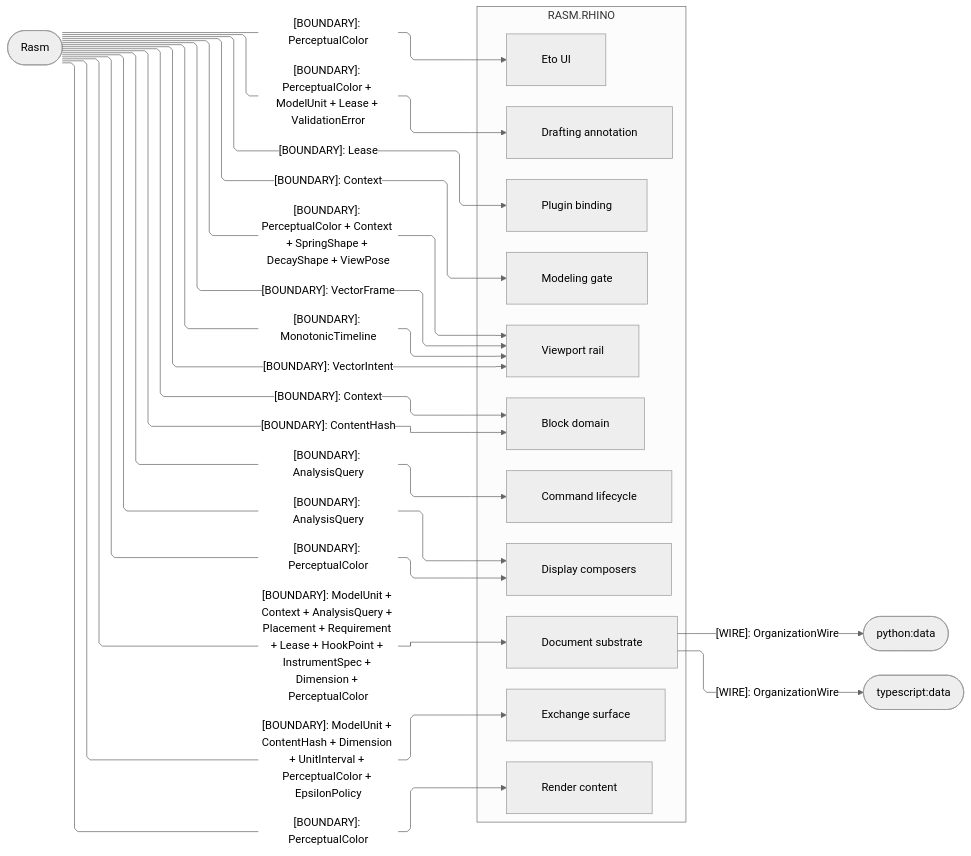
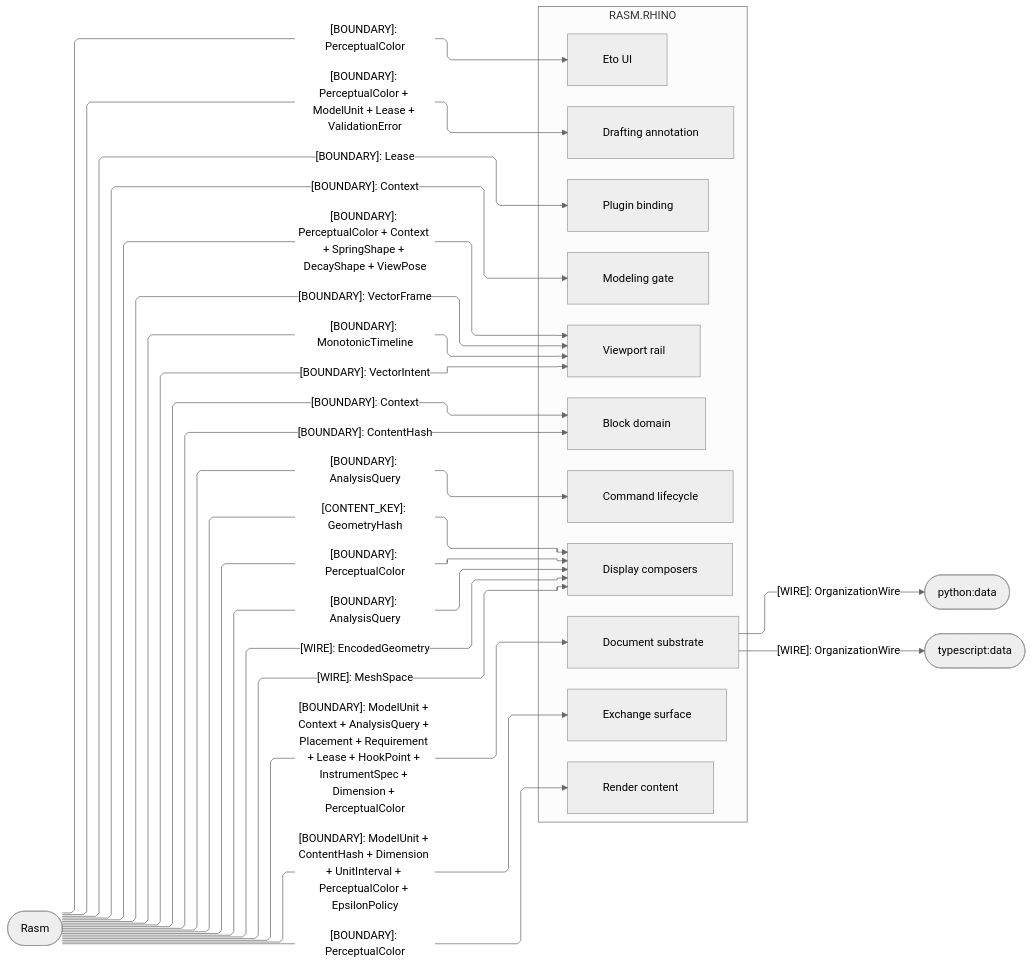
Before and after one commit to bsamiee/Rasm: the second of 3 diagrams in libs/csharp/Rasm.Rhino/ARCHITECTURE.md, drawn with Mermaid (neutral theme). The commit also changed 16 other files, not shown here.

````diff
--- a/libs/csharp/Rasm.Rhino/ARCHITECTURE.md
+++ b/libs/csharp/Rasm.Rhino/ARCHITECTURE.md
@@ -180,46 +180,49 @@
 ```mermaid
 ---
 config:
   layout: elk
   flowchart:
     curve: linear
     padding: 25
 ---
 flowchart LR
     accTitle: Rasm.Rhino kernel-boundary seams
-    accDescr: Rasm.Rhino host sub-domain owners consuming frozen-name value contracts down from the Rasm kernel, one boundary rail per consuming sub-domain.
+    accDescr: Rasm.Rhino host sub-domain owners consuming frozen-name value contracts down from the Rasm kernel, one boundary rail per consuming sub-domain plus the Display geometry wire and content-key rails.
     subgraph rhino[RASM.RHINO]
         Document[Document substrate]
         Commands[Command lifecycle]
         Blocks[Block domain]
         Modeling[Modeling gate]
         Annotation[Drafting annotation]
         Viewport[Viewport rail]
         Display[Display composers]
         Render[Render content]
         Exchange[Exchange surface]
         Eto[Eto UI]
         Plugin[Plugin binding]
     end
     Rasm([Rasm])
     PyData([python:data])
     TsData([typescript:data])
     Rasm e1@-->|"[BOUNDARY]: ModelUnit + Context + AnalysisQuery + Placement + Requirement + Lease + HookPoint + InstrumentSpec + Dimension + PerceptualColor"| Document
     Rasm e2@-->|"[BOUNDARY]: VectorFrame"| Viewport
     Rasm e3@-->|"[BOUNDARY]: AnalysisQuery"| Commands
     Rasm e4@-->|"[BOUNDARY]: PerceptualColor"| Eto
     Rasm e5@-->|"[BOUNDARY]: MonotonicTimeline"| Viewport
     Rasm e6@-->|"[BOUNDARY]: VectorIntent"| Viewport
     Rasm e7@-->|"[BOUNDARY]: Context"| Modeling
     Rasm e8@-->|"[BOUNDARY]: ContentHash"| Blocks
     Rasm e9@-->|"[BOUNDARY]: PerceptualColor"| Display
     Rasm e14@-->|"[BOUNDARY]: AnalysisQuery"| Display
     Rasm e10@-->|"[BOUNDARY]: PerceptualColor"| Render
     Rasm e11@-->|"[BOUNDARY]: PerceptualColor + Context + SpringShape + DecayShape + ViewPose"| Viewport
     Rasm e12@-->|"[BOUNDARY]: PerceptualColor + ModelUnit + Lease + ValidationError"| Annotation
     Rasm e13@-->|"[BOUNDARY]: Context"| Blocks
     Rasm e15@-->|"[BOUNDARY]: ModelUnit + ContentHash + Dimension + UnitInterval + PerceptualColor + EpsilonPolicy"| Exchange
     Rasm e16@-->|"[BOUNDARY]: Lease"| Plugin
+    Rasm e19@-->|"[WIRE]: EncodedGeometry"| Display
+    Rasm e20@-->|"[WIRE]: MeshSpace"| Display
+    Rasm e21@-->|"[CONTENT_KEY]: GeometryHash"| Display
     Document e17@-->|"[WIRE]: OrganizationWire"| PyData
     Document e18@-->|"[WIRE]: OrganizationWire"| TsData
 ```
````
